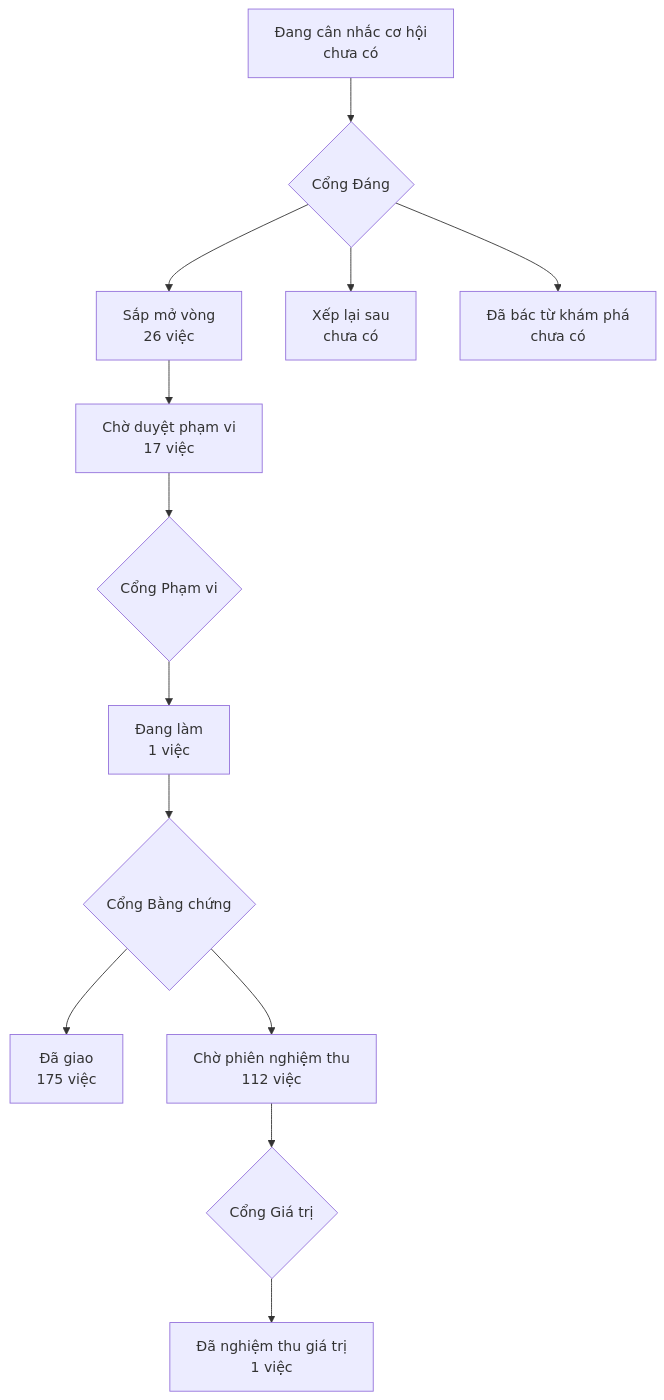
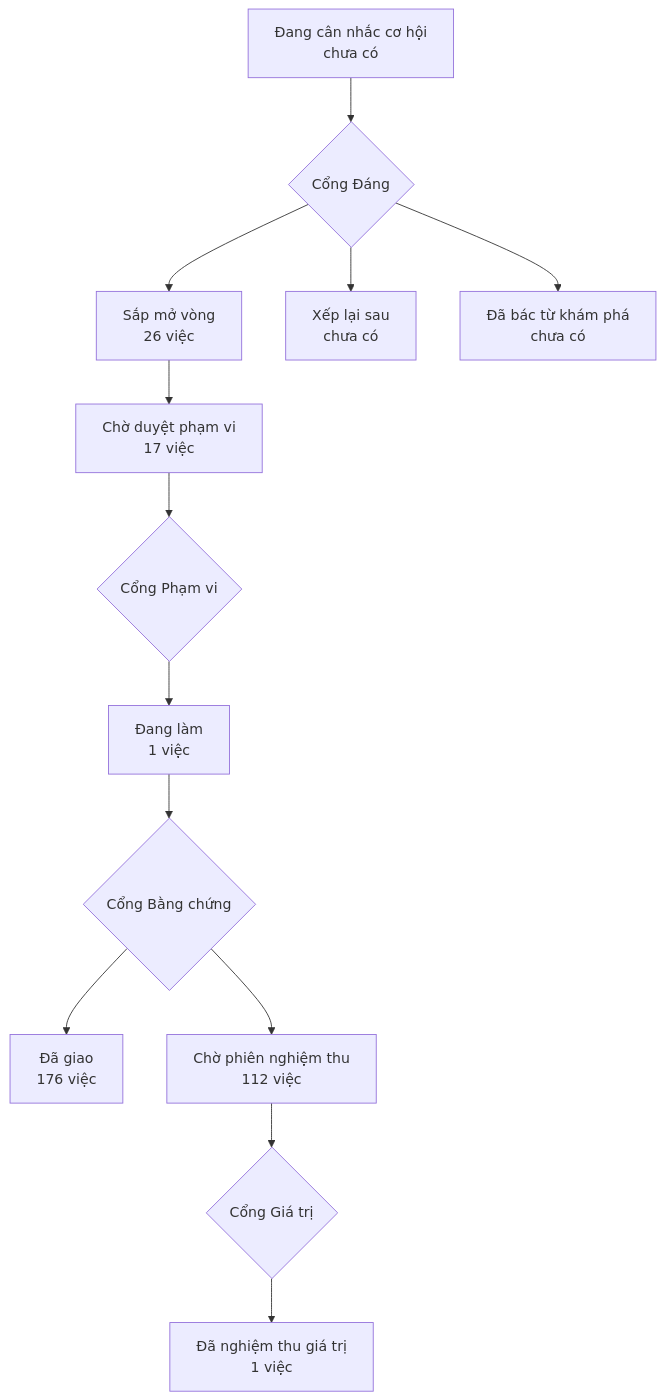
One commit to phanlemanh/onehub-invest changed the diagram in PRODUCT-MAP.md. Above: the diagram before and after it, drawn with Mermaid. The commit also changed other lines of this file and 1 other file, not shown here.

Commit message:
chore(acceptance): sinh lại PRODUCT-MAP và LO-TRINH sau khi gộp main

````diff
--- a/PRODUCT-MAP.md
+++ b/PRODUCT-MAP.md
@@ -7,12 +7,12 @@
 ```mermaid
 flowchart TD
   A["Đang cân nhắc cơ hội<br/>chưa có"] --> GD{"Cổng Đáng"}
   GD --> B["Sắp mở vòng<br/>26 việc"]
   GD --> XL["Xếp lại sau<br/>chưa có"]
   GD --> DB["Đã bác từ khám phá<br/>chưa có"]
   B --> CD["Chờ duyệt phạm vi<br/>17 việc"] --> GP{"Cổng Phạm vi"}
   GP --> DL["Đang làm<br/>1 việc"] --> GB{"Cổng Bằng chứng"}
-  GB --> DG["Đã giao<br/>175 việc"]
+  GB --> DG["Đã giao<br/>176 việc"]
   GB --> CN["Chờ phiên nghiệm thu<br/>112 việc"] --> GG{"Cổng Giá trị"}
   GG --> NT["Đã nghiệm thu giá trị<br/>1 việc"]
 ```
````
